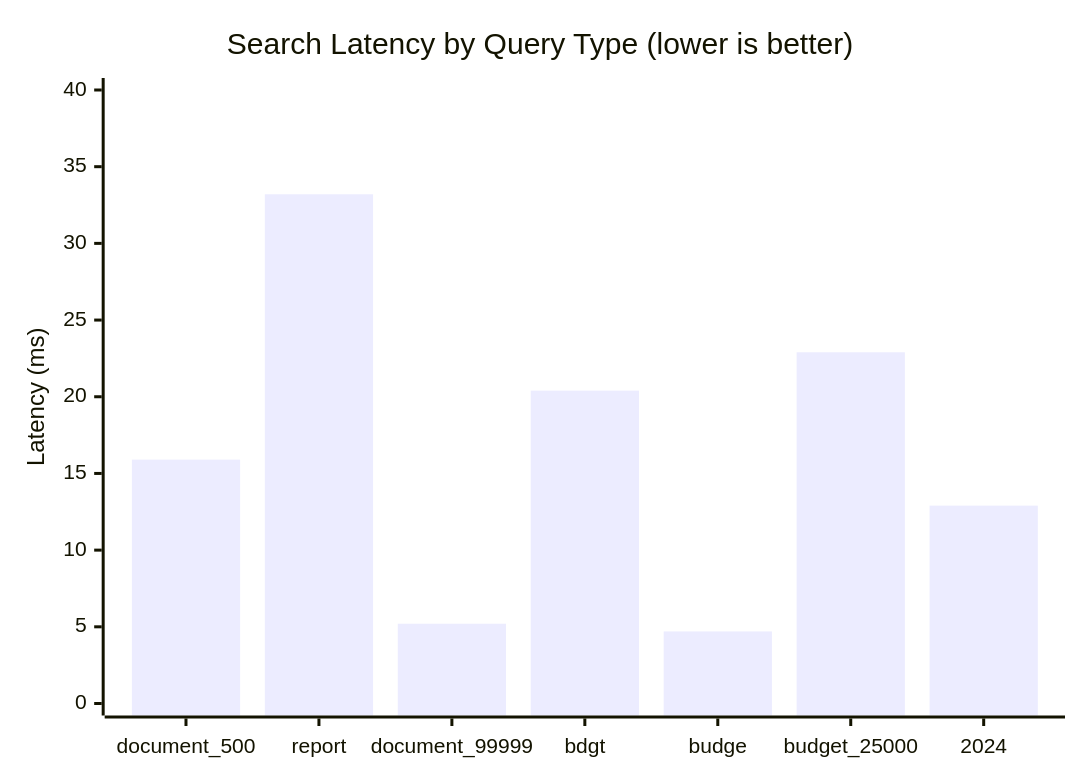
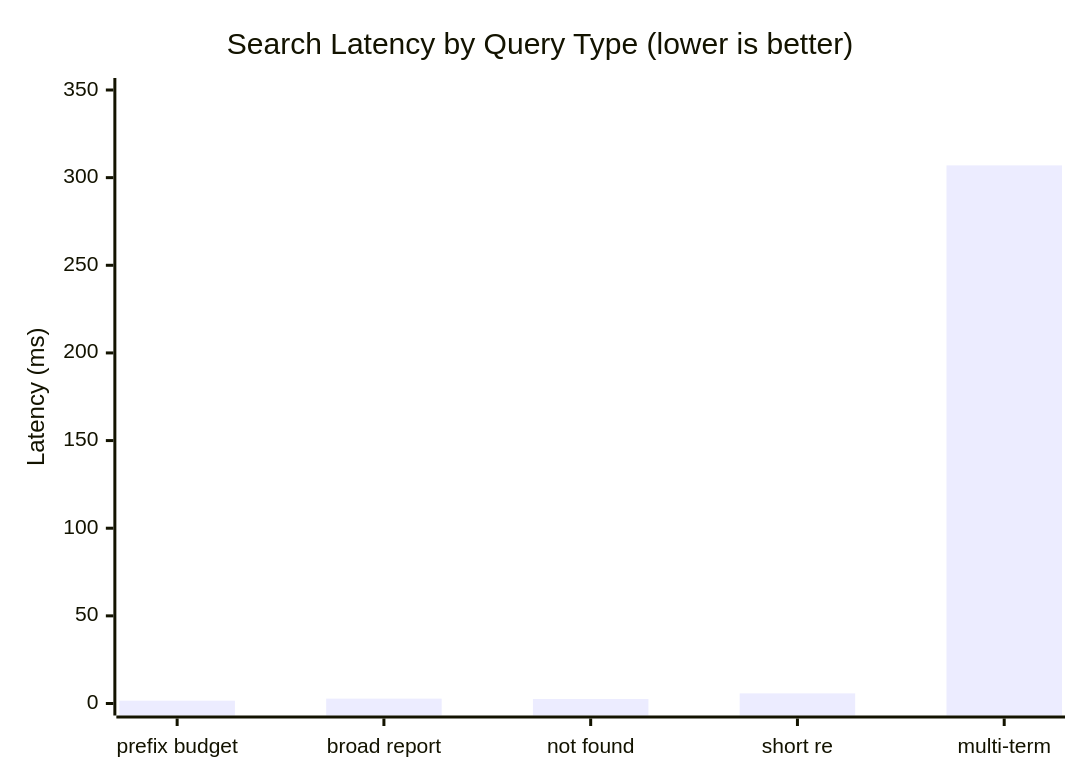
Before and after one commit to williamcachamwri/snyd: the third of 6 diagrams in README.md, drawn with Mermaid. The commit also changed other lines of this file and 1 other file, not shown here.

````diff
--- a/README.md
+++ b/README.md
@@ -57,7 +64,7 @@
 ```mermaid
 xychart-beta
     title "Search Latency by Query Type (lower is better)"
-    x-axis ["document_500", "report", "document_99999", "bdgt", "budge", "budget_25000", "2024"]
-    y-axis "Latency (ms)" 0 --> 40
-    bar [15.9, 33.2, 5.2, 20.4, 4.7, 22.9, 12.9]
+    x-axis ["prefix budget", "broad report", "not found", "short re", "multi-term"]
+    y-axis "Latency (ms)" 0 --> 350
+    bar [1.61, 2.77, 2.56, 5.76, 307]
 ```
````
